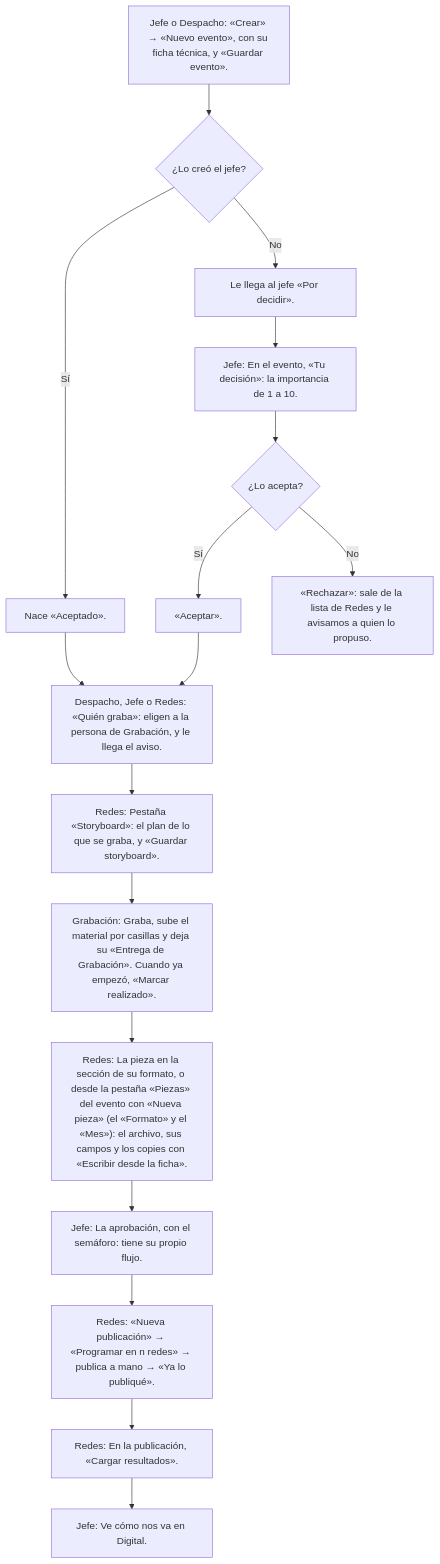
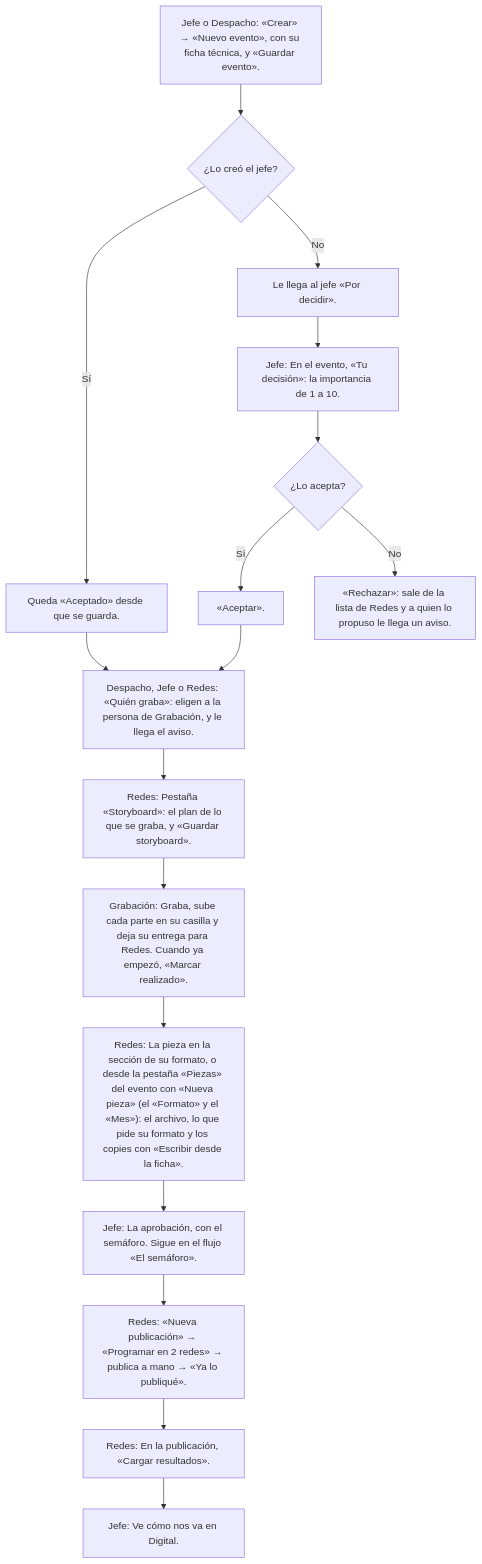
The first of 9 diagrams in app-freddy-bernal/docs/FLUJOS.md (fbvenezuela/Gestionapp), drawn with Mermaid before and after one commit. The commit also changed other lines of this file and 44 other files, not shown here.

````diff
--- a/app-freddy-bernal/docs/FLUJOS.md
+++ b/app-freddy-bernal/docs/FLUJOS.md
@@ -24,29 +24,29 @@
 ```mermaid
 flowchart TD
   evento_crear["Jefe o Despacho: «Crear» → «Nuevo evento», con su ficha técnica, y «Guardar evento»."]
   evento_crear --> evento_crear_q{"¿Lo creó el jefe?"}
-  evento_crear_q -- Sí --> evento_crear_b1["Nace «Aceptado»."]
+  evento_crear_q -- Sí --> evento_crear_b1["Queda «Aceptado» desde que se guarda."]
   evento_crear_b1 --> evento_graba
   evento_crear_q -- No --> evento_crear_b2["Le llega al jefe «Por decidir»."]
   evento_crear_b2 --> evento_decide
   evento_decide["Jefe: En el evento, «Tu decisión»: la importancia de 1 a 10."]
   evento_decide --> evento_decide_q{"¿Lo acepta?"}
   evento_decide_q -- Sí --> evento_decide_b1["«Aceptar»."]
   evento_decide_b1 --> evento_graba
-  evento_decide_q -- No --> evento_decide_b2["«Rechazar»: sale de la lista de Redes y le avisamos a quien lo propuso."]
+  evento_decide_q -- No --> evento_decide_b2["«Rechazar»: sale de la lista de Redes y a quien lo propuso le llega un aviso."]
   evento_graba["Despacho, Jefe o Redes: «Quién graba»: eligen a la persona de Grabación, y le llega el aviso."]
   evento_graba --> evento_storyboard
   evento_storyboard["Redes: Pestaña «Storyboard»: el plan de lo que se graba, y «Guardar storyboard»."]
   evento_storyboard --> evento_material
-  evento_material["Grabación: Graba, sube el material por casillas y deja su «Entrega de Grabación». Cuando ya empezó, «Marcar realizado»."]
+  evento_material["Grabación: Graba, sube cada parte en su casilla y deja su entrega para Redes. Cuando ya empezó, «Marcar realizado»."]
   evento_material --> evento_pieza
-  evento_pieza["Redes: La pieza en la sección de su formato, o desde la pestaña «Piezas» del evento con «Nueva pieza» (el «Formato» y el «Mes»): el archivo, sus campos y los copies con «Escribir desde la ficha»."]
+  evento_pieza["Redes: La pieza en la sección de su formato, o desde la pestaña «Piezas» del evento con «Nueva pieza» (el «Formato» y el «Mes»): el archivo, lo que pide su formato y los copies con «Escribir desde la ficha»."]
   evento_pieza --> evento_aprueba
-  evento_aprueba["Jefe: La aprobación, con el semáforo: tiene su propio flujo."]
+  evento_aprueba["Jefe: La aprobación, con el semáforo. Sigue en el flujo «El semáforo»."]
   evento_aprueba --> evento_publica
-  evento_publica["Redes: «Nueva publicación» → «Programar en n redes» → publica a mano → «Ya lo publiqué»."]
+  evento_publica["Redes: «Nueva publicación» → «Programar en 2 redes» → publica a mano → «Ya lo publiqué»."]
   evento_publica --> evento_resultados
   evento_resultados["Redes: En la publicación, «Cargar resultados»."]
   evento_resultados --> evento_digital
   evento_digital["Jefe: Ve cómo nos va en Digital."]
 ```
````
